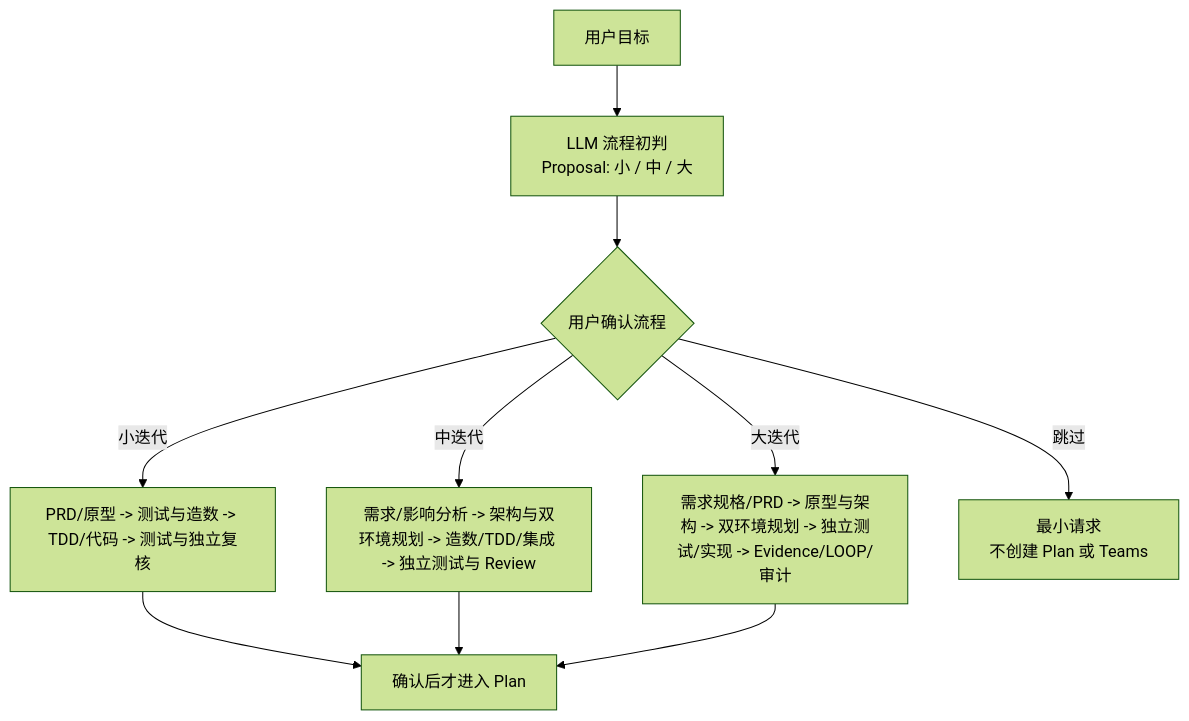
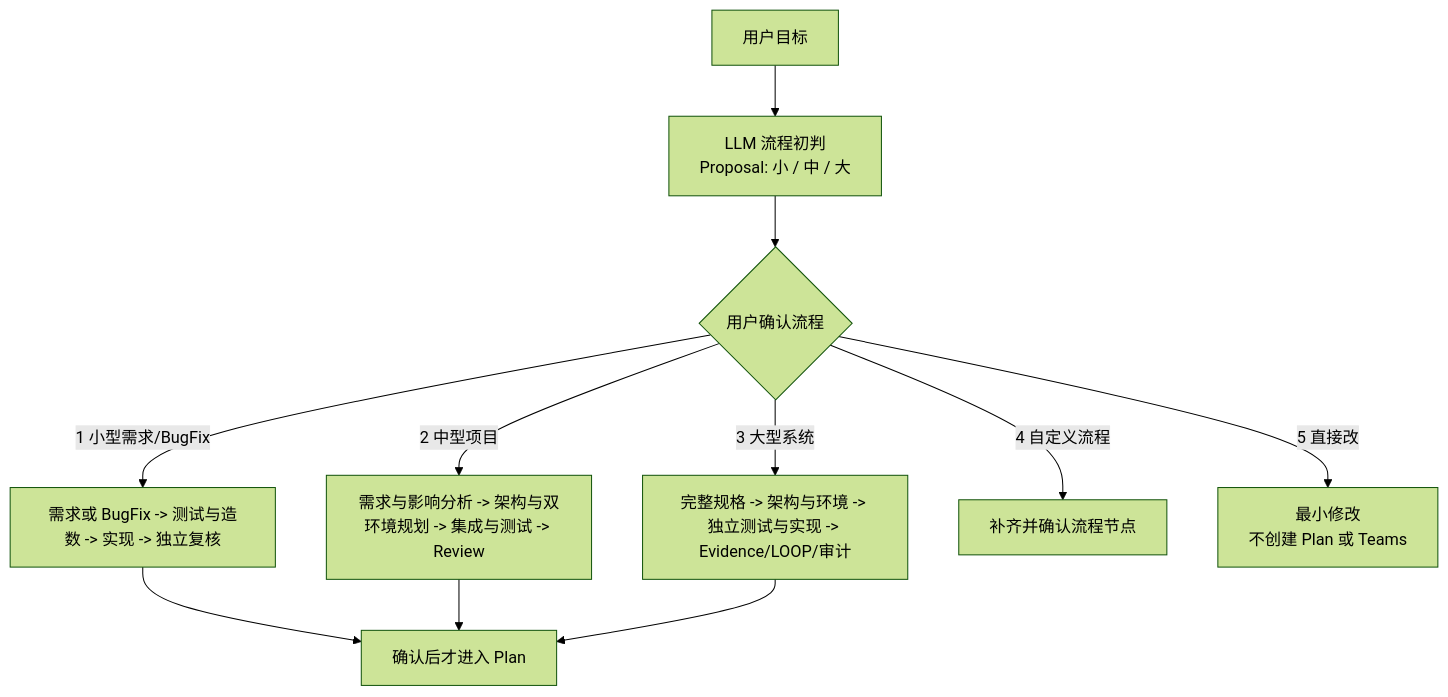
Before and after one commit to vibe-coding-era/goal-teams: the diagram in references/flow-clarification-protocol.md, drawn with Mermaid (forest theme). The commit also changed other lines of this file and 49 other files, not shown here.

````diff
--- a/references/flow-clarification-protocol.md
+++ b/references/flow-clarification-protocol.md
@@ -52,12 +52,13 @@
 ```mermaid
 flowchart TD
     A[用户目标] --> B[LLM 流程初判\nProposal: 小 / 中 / 大]
     B --> C{用户确认流程}
-    C -->|小迭代| S[PRD/原型 -> 测试与造数 -> TDD/代码 -> 测试与独立复核]
-    C -->|中迭代| M[需求/影响分析 -> 架构与双环境规划 -> 造数/TDD/集成 -> 独立测试与 Review]
-    C -->|大迭代| L[需求规格/PRD -> 原型与架构 -> 双环境规划 -> 独立测试/实现 -> Evidence/LOOP/审计]
-    C -->|跳过| X[最小请求\n不创建 Plan 或 Teams]
+    C -->|1 小型需求/BugFix| S[需求或 BugFix -> 测试与造数 -> 实现 -> 独立复核]
+    C -->|2 中型项目| M[需求与影响分析 -> 架构与双环境规划 -> 集成与测试 -> Review]
+    C -->|3 大型系统| L[完整规格 -> 架构与环境 -> 独立测试与实现 -> Evidence/LOOP/审计]
+    C -->|4 自定义流程| D[补齐并确认流程节点]
+    C -->|5 直接改| X[最小修改\n不创建 Plan 或 Teams]
     S --> P[确认后才进入 Plan]
     M --> P
     L --> P
 ```
````
